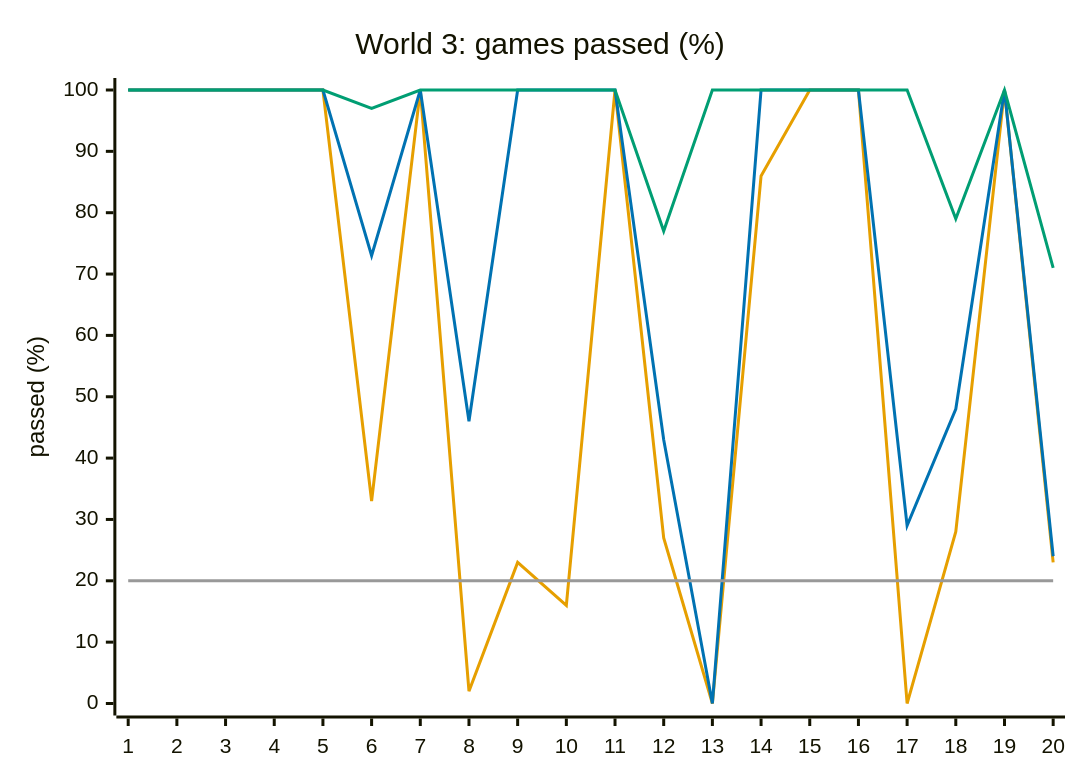
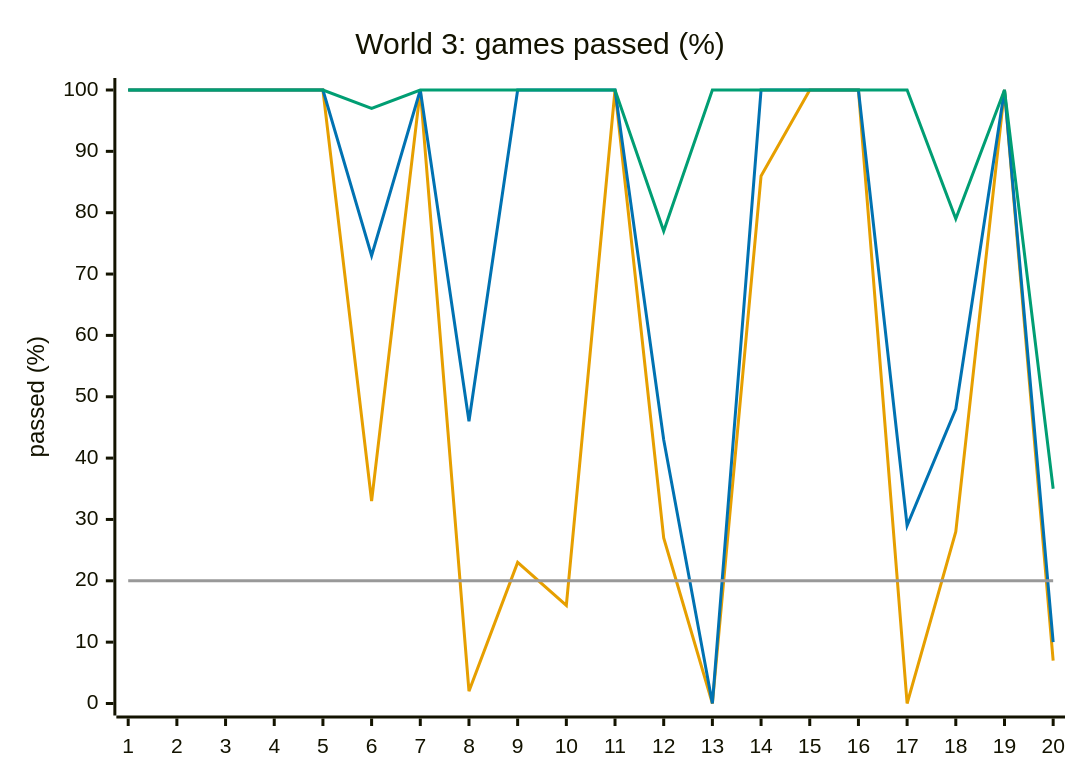
The fifth of 8 diagrams in docs/design/difficulty.md (Pavelya/dots), drawn with Mermaid before and after one commit. The commit also changed other lines of this file and 35 other files, not shown here.

````diff
--- a/docs/design/difficulty.md
+++ b/docs/design/difficulty.md
@@ -205,11 +210,11 @@
 ```mermaid
 %%{init: {"themeVariables": {"xyChart": {"plotColorPalette": "#E69F00, #0072B2, #009E73, #999999"}}}}%%
 xychart-beta
     title "World 3: games passed (%)"
     x-axis ["1", "2", "3", "4", "5", "6", "7", "8", "9", "10", "11", "12", "13", "14", "15", "16", "17", "18", "19", "20"]
     y-axis "passed (%)" 0 --> 100
-    line [100, 100, 100, 100, 100, 33, 100, 2, 23, 16, 100, 27, 0, 86, 100, 100, 0, 28, 100, 23]
-    line [100, 100, 100, 100, 100, 73, 100, 46, 100, 100, 100, 43, 0, 100, 100, 100, 29, 48, 100, 24]
-    line [100, 100, 100, 100, 100, 97, 100, 100, 100, 100, 100, 77, 100, 100, 100, 100, 100, 79, 100, 71]
+    line [100, 100, 100, 100, 100, 33, 100, 2, 23, 16, 100, 27, 0, 86, 100, 100, 0, 28, 100, 7]
+    line [100, 100, 100, 100, 100, 73, 100, 46, 100, 100, 100, 43, 0, 100, 100, 100, 29, 48, 100, 10]
+    line [100, 100, 100, 100, 100, 97, 100, 100, 100, 100, 100, 77, 100, 100, 100, 100, 100, 79, 100, 35]
     line [20, 20, 20, 20, 20, 20, 20, 20, 20, 20, 20, 20, 20, 20, 20, 20, 20, 20, 20, 20]
 ```
````
